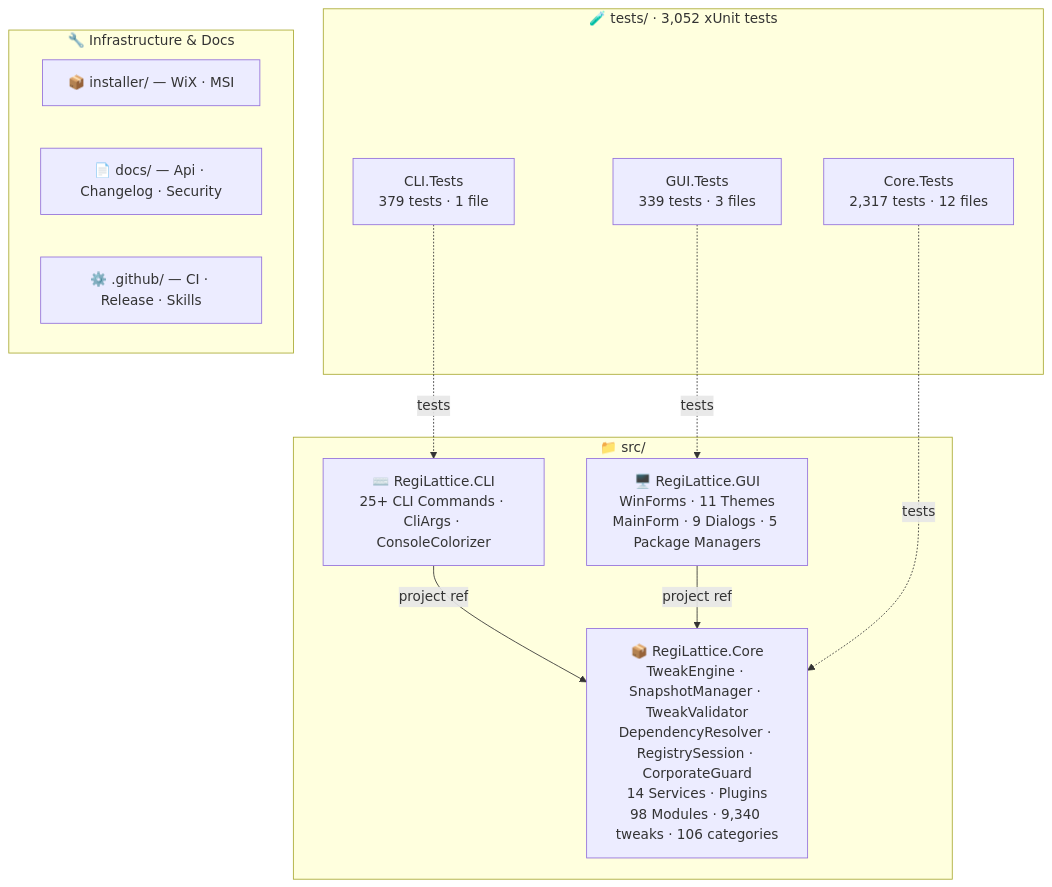
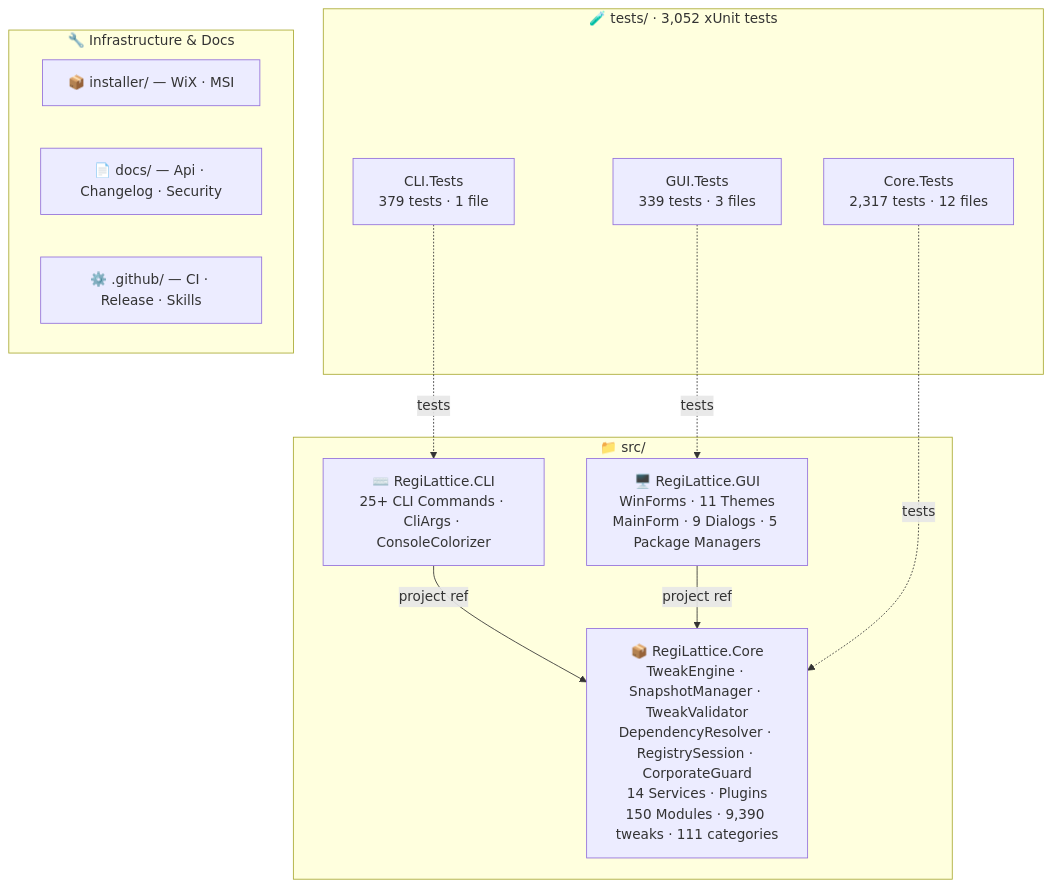
The second of 2 diagrams in README.md (RajwanYair/RegiLattice), drawn with Mermaid before and after one commit. The commit also changed other lines of this file and 12 other files, not shown here.

````diff
--- a/README.md
+++ b/README.md
@@ -255,26 +255,26 @@
 ```mermaid
 graph TD
     subgraph SRC["📁 src/"]
-        CORE["📦 RegiLattice.Core<br/>TweakEngine · SnapshotManager · TweakValidator<br/>DependencyResolver · RegistrySession · CorporateGuard<br/>14 Services · Plugins<br/>98 Modules · 9,340 tweaks · 106 categories"]
+        CORE["📦 RegiLattice.Core<br/>TweakEngine · SnapshotManager · TweakValidator<br/>DependencyResolver · RegistrySession · CorporateGuard<br/>14 Services · Plugins<br/>150 Modules · 9,390 tweaks · 111 categories"]
         GUI["🖥️ RegiLattice.GUI<br/>WinForms · 11 Themes<br/>MainForm · 9 Dialogs · 5 Package Managers"]
         CLI["⌨️ RegiLattice.CLI<br/>25+ CLI Commands · CliArgs · ConsoleColorizer"]
     end
 
     subgraph TST["🧪 tests/  ·  3,052 xUnit tests"]
         CT["Core.Tests<br/>2,317 tests · 12 files"]
         CLT["CLI.Tests<br/>379 tests · 1 file"]
         GT["GUI.Tests<br/>339 tests · 3 files"]
     end
 
     subgraph INFRA["🔧 Infrastructure & Docs"]
         INST["📦 installer/ — WiX · MSI"]
         DOCS["📄 docs/ — Api · Changelog · Security"]
         GH["⚙️ .github/ — CI · Release · Skills"]
     end
 
     CLI -->|project ref| CORE
     GUI -->|project ref| CORE
     CT -.->|tests| CORE
     CLT -.->|tests| CLI
     GT -.->|tests| GUI
 ```
````
